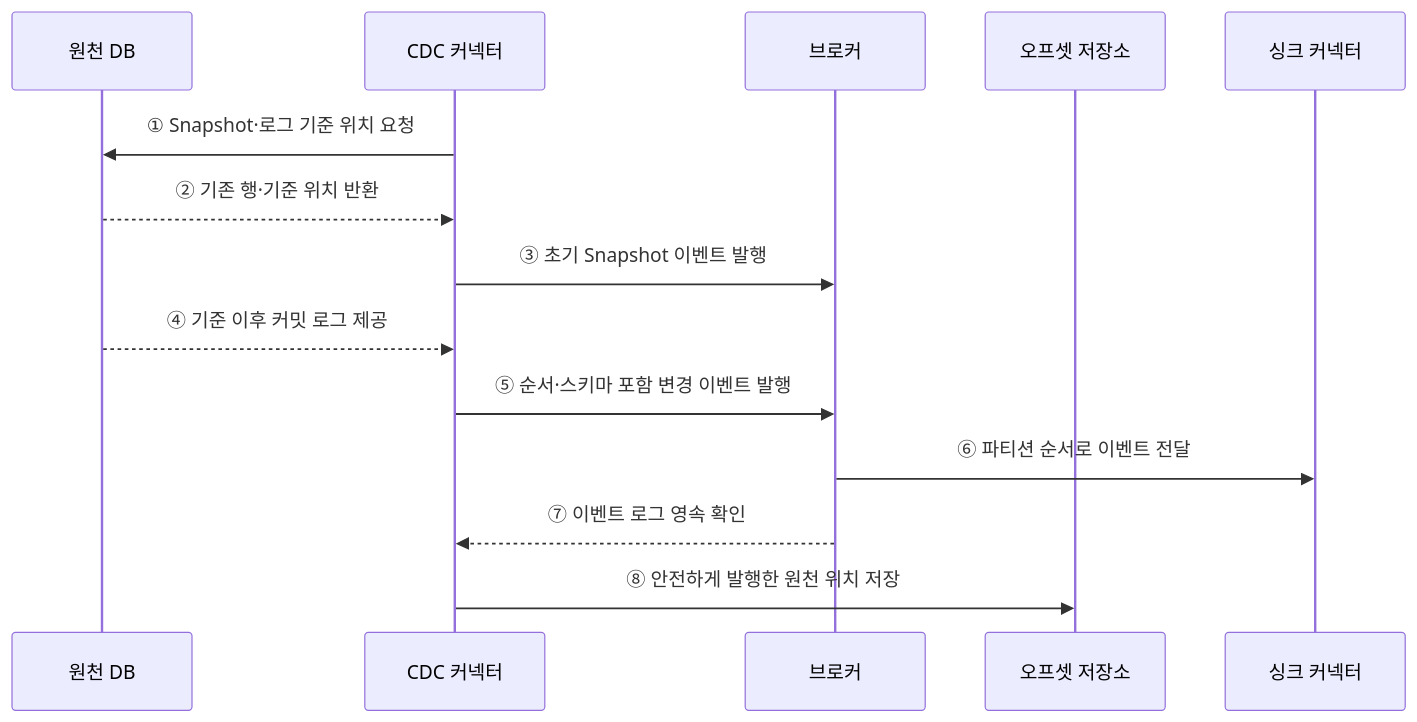
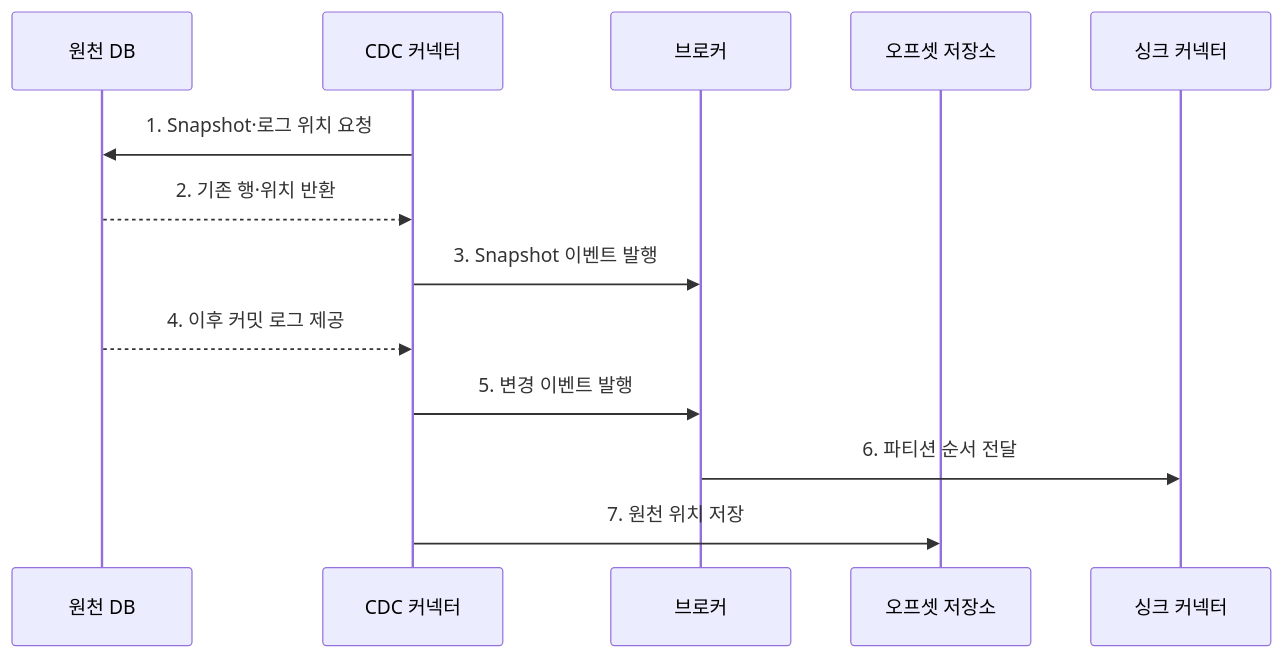
One commit to agnusdei1207/knowledge-base changed the second of 2 diagrams in src/content/docs/notes/03-software/123_change_data_capture.md. Above: the diagram before and after it, drawn with Mermaid. The commit also changed other lines of this file and 20 other files, not shown here.

````diff
--- a/src/content/docs/notes/03-software/123_change_data_capture.md
+++ b/src/content/docs/notes/03-software/123_change_data_capture.md
@@ -72,16 +83,15 @@
 ```mermaid
 sequenceDiagram
     participant D as 원천 DB
     participant C as CDC 커넥터
     participant B as 브로커
     participant O as 오프셋 저장소
     participant S as 싱크 커넥터
-    C->>D: ① Snapshot·로그 기준 위치 요청
-    D-->>C: ② 기존 행·기준 위치 반환
-    C->>B: ③ 초기 Snapshot 이벤트 발행
-    D-->>C: ④ 기준 이후 커밋 로그 제공
-    C->>B: ⑤ 순서·스키마 포함 변경 이벤트 발행
-    B->>S: ⑥ 파티션 순서로 이벤트 전달
-    B-->>C: ⑦ 이벤트 로그 영속 확인
-    C->>O: ⑧ 안전하게 발행한 원천 위치 저장
+    C->>D: 1. Snapshot·로그 위치 요청
+    D-->>C: 2. 기존 행·위치 반환
+    C->>B: 3. Snapshot 이벤트 발행
+    D-->>C: 4. 이후 커밋 로그 제공
+    C->>B: 5. 변경 이벤트 발행
+    B->>S: 6. 파티션 순서 전달
+    C->>O: 7. 원천 위치 저장
 ```
````
